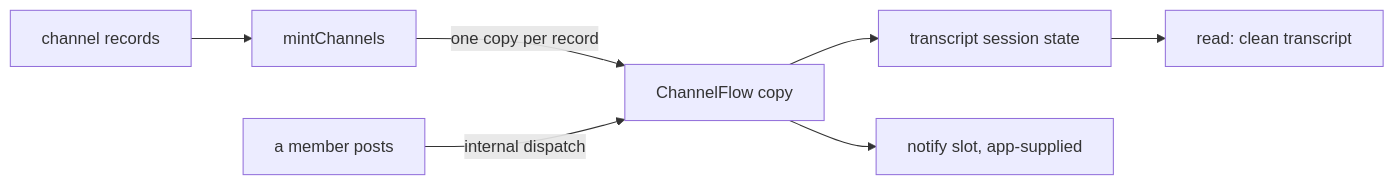
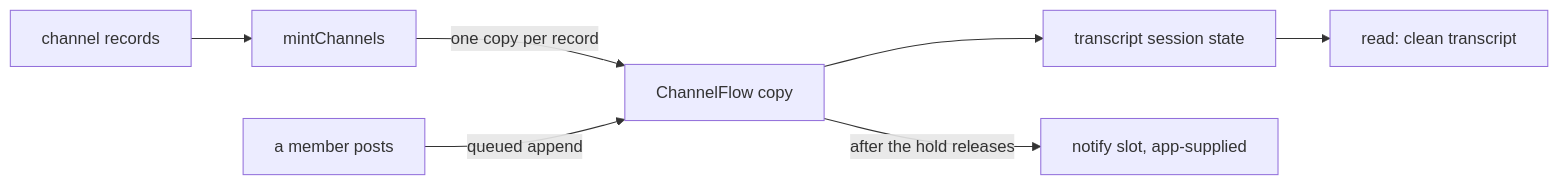
One commit to fixpoint-labs/flow-state-dev changed the diagram in spec/FIX-1311.md. Above: the diagram before and after it, drawn with Mermaid. The commit also changed other lines of this file and 1 other file, not shown here.

First line of the commit message:
spec(FIX-1311): fold spec review — attribution, dispatch fence, declared membership

````diff
--- a/spec/FIX-1311.md
+++ b/spec/FIX-1311.md
@@ -169,9 +194,9 @@
 ```mermaid
 flowchart LR
   REC["channel records"] --> MINT["mintChannels"]
   MINT -->|"one copy per record"| INST["ChannelFlow copy"]
-  POST["a member posts"] -->|"internal dispatch"| INST
+  POST["a member posts"] -->|"queued append"| INST
   INST --> TR["transcript session state"]
-  INST --> NOTIFY["notify slot, app-supplied"]
+  INST -->|"after the hold releases"| NOTIFY["notify slot, app-supplied"]
   TR --> READ["read: clean transcript"]
 ```
````
